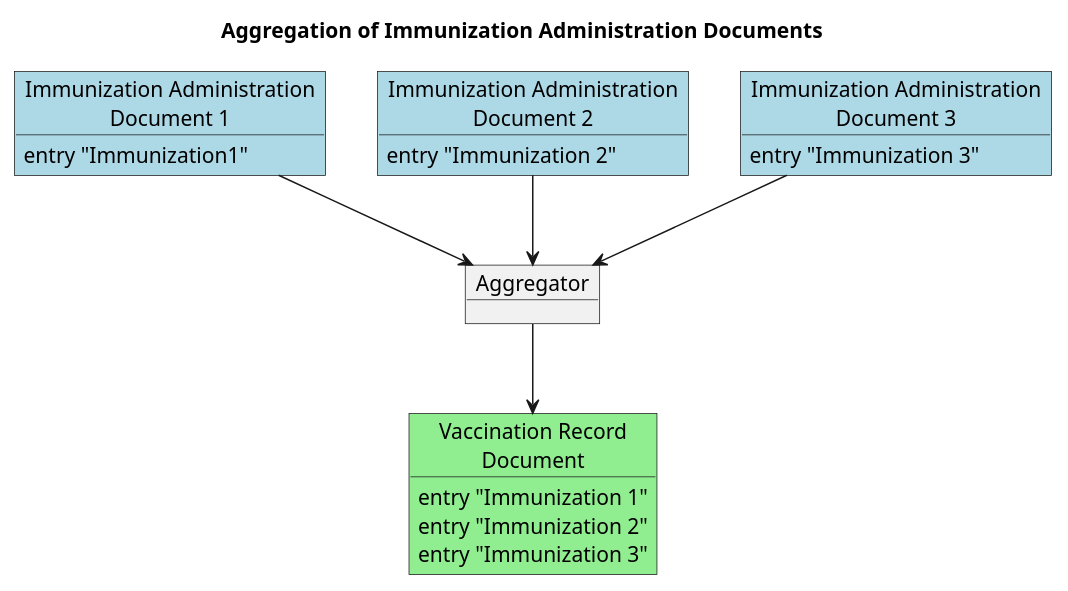
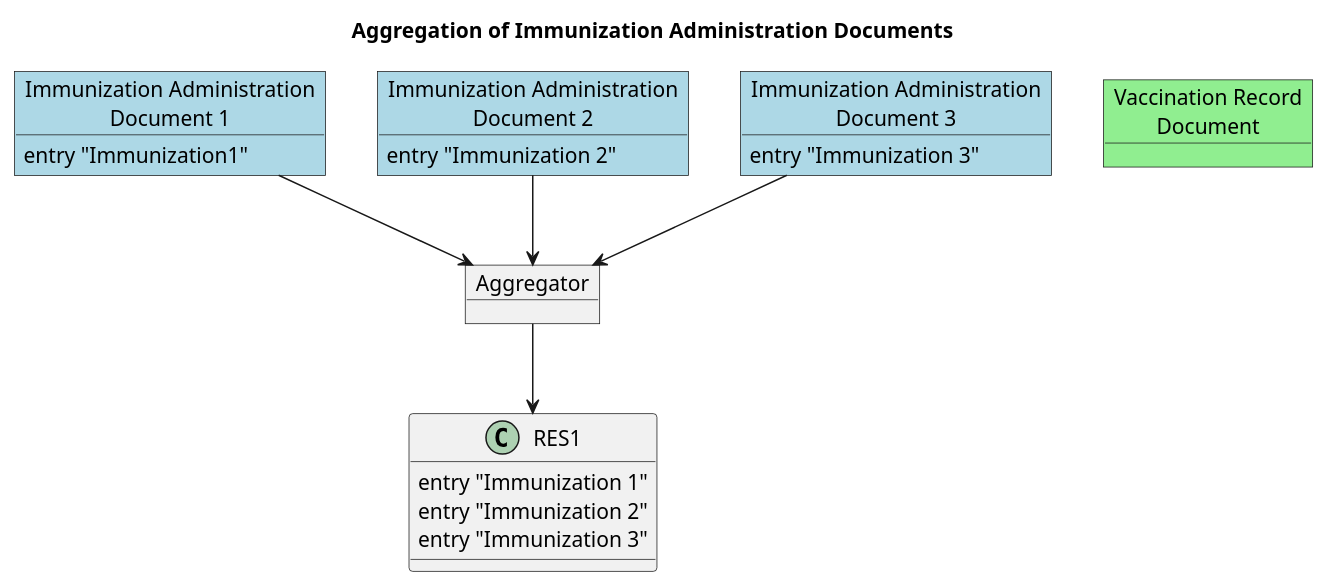
One commit to hl7ch/ch-vacd changed the diagram in input/images-source/immunization-administration-document-aggregation.plantuml. Above: the diagram before and after it, drawn with PlantUML. The commit also changed 2 other files, not shown here.

```diff
--- a/input/images-source/immunization-administration-document-aggregation.plantuml
+++ b/input/images-source/immunization-administration-document-aggregation.plantuml
@@ -1,29 +1,29 @@
 @startuml
 title Aggregation of Immunization Administration Documents
 
 'left to right direction
 
 
 object "Immunization Administration\nDocument 1" as Doc1 #lightblue
 Doc1 : entry "Immunization1"
 
 object "Immunization Administration\nDocument 2" as Doc2 #lightblue
 Doc2 : entry "Immunization 2"
 
 object "Immunization Administration\nDocument 3" as Doc3 #lightblue
 Doc3 : entry "Immunization 3"
 
-object "Aggregator" as AGG
+object "Aggregator" as AGG1
 
 object "Vaccination Record\nDocument" as RES #lightgreen
-RES : entry "Immunization 1"
-RES : entry "Immunization 2"
-RES : entry "Immunization 3"
+RES1 : entry "Immunization 1"
+RES1 : entry "Immunization 2"
+RES1 : entry "Immunization 3"
 
 
-Doc1 -down-> AGG
-Doc2 -down-> AGG
-Doc3 -down-> AGG
-AGG -down-> RES
+Doc1 -down-> AGG1
+Doc2 -down-> AGG1
+Doc3 -down-> AGG1
+AGG1 -down-> RES1
 
 @enduml
```
